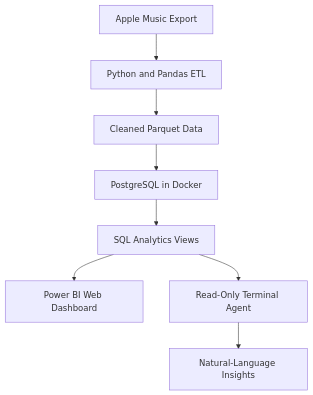
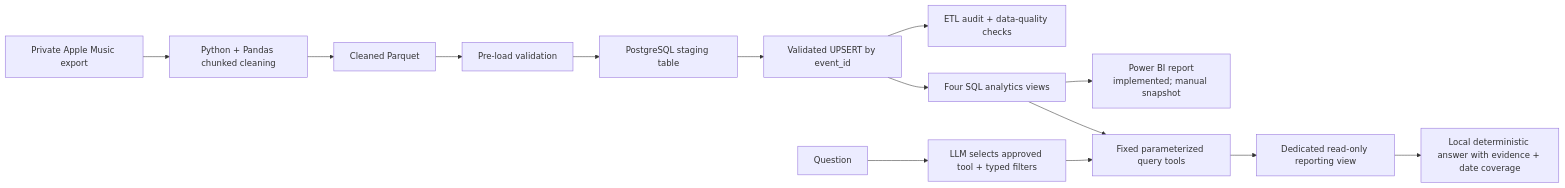
One commit to Mohamed254-pixel/music-insights-agent changed the diagram in README.md. Above: the diagram before and after it, drawn with Mermaid. The commit also changed other lines of this file, not shown here.

````diff
--- a/README.md
+++ b/README.md
@@ -34,10 +76,16 @@
 ```mermaid
-flowchart TD
-    A["Apple Music Export"] --> B["Python and Pandas ETL"]
-    B --> C["Cleaned Parquet Data"]
-    C --> D["PostgreSQL in Docker"]
-    D --> E["SQL Analytics Views"]
-    E --> F["Power BI Web Dashboard"]
-    E --> G["Read-Only Terminal Agent"]
-    G --> H["Natural-Language Insights"]
+flowchart LR
+    A[Private Apple Music export] --> B[Python + Pandas chunked cleaning]
+    B --> C[Cleaned Parquet]
+    C --> D[Pre-load validation]
+    D --> E[PostgreSQL staging table]
+    E --> F[Validated UPSERT by event_id]
+    F --> G[ETL audit + data-quality checks]
+    F --> H[Four SQL analytics views]
+    H --> I[Power BI report<br/>implemented; manual snapshot]
+    H --> J[Fixed parameterized query tools]
+    K[Question] --> L[LLM selects approved tool + typed filters]
+    L --> J
+    J --> M[Dedicated read-only reporting view]
+    M --> N[Local deterministic answer with evidence + date coverage]
 ```
````
